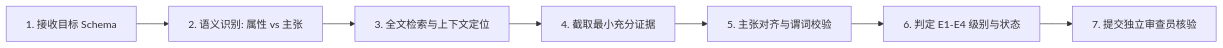
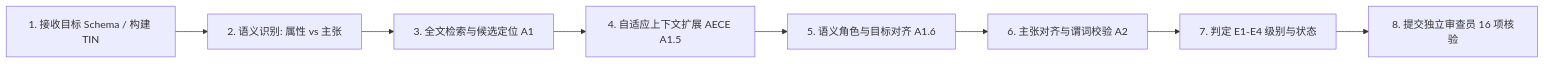
Before and after one commit to Daylily-Huang/ScholarFlow: the diagram in skills/literature-evidence-extraction/role/specialist_role.md, drawn with Mermaid. The commit also changed other lines of this file and 15 other files, not shown here.

````diff
--- a/skills/literature-evidence-extraction/role/specialist_role.md
+++ b/skills/literature-evidence-extraction/role/specialist_role.md
@@ -79,9 +91,10 @@
 ```mermaid
 flowchart LR
-    Step1[1. 接收目标 Schema] --> Step2[2. 语义识别: 属性 vs 主张]
-    Step2 --> Step3[3. 全文检索与上下文定位]
-    Step3 --> Step4[4. 截取最小充分证据]
-    Step4 --> Step5[5. 主张对齐与谓词校验]
-    Step5 --> Step6[6. 判定 E1-E4 级别与状态]
-    Step6 --> Step7[7. 提交独立审查员核验]
+    Step1[1. 接收目标 Schema / 构建 TIN] --> Step2[2. 语义识别: 属性 vs 主张]
+    Step2 --> Step3[3. 全文检索与候选定位 A1]
+    Step3 --> Step4[4. 自适应上下文扩展 AECE A1.5]
+    Step4 --> Step5[5. 语义角色与目标对齐 A1.6]
+    Step5 --> Step6[6. 主张对齐与谓词校验 A2]
+    Step6 --> Step7[7. 判定 E1-E4 级别与状态]
+    Step7 --> Step8[8. 提交独立审查员 16 项核验]
 ```
````
